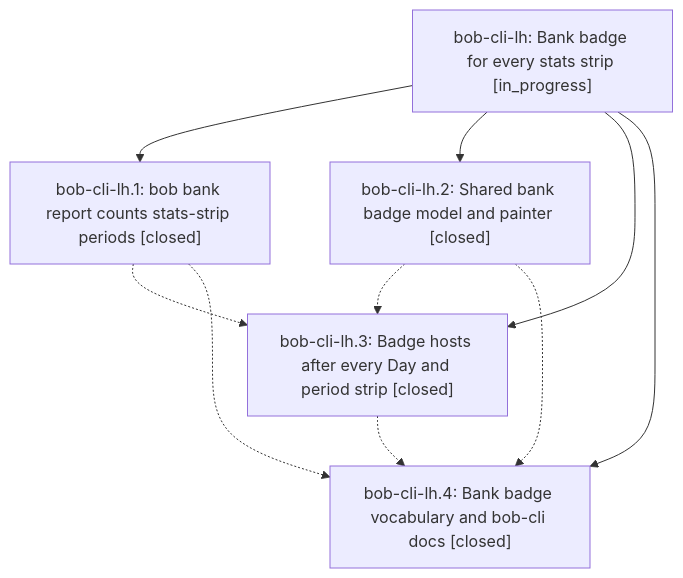
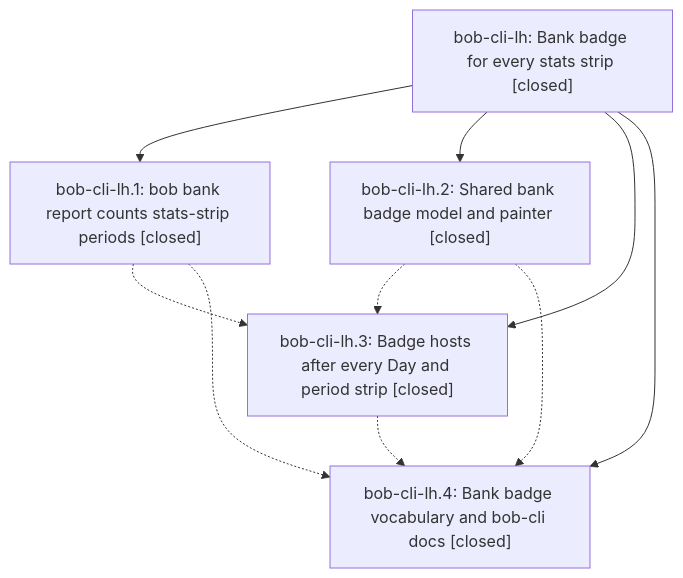
Before and after one commit to bobs-org/bob-cli--beads: the diagram in pages/bob-cli-lh/README.md, drawn with Mermaid. The commit also changed other lines of this file and 3 other files, not shown here.

First line of the commit message:
chore(beads): sync bead state and pages for bob-cli-lh

````diff
--- a/pages/bob-cli-lh/README.md
+++ b/pages/bob-cli-lh/README.md
@@ -39,17 +49,17 @@
 ```mermaid
 flowchart TD
-    n0["bob-cli-lh: Bank badge for every stats strip [in_progress]"]
+    n0["bob-cli-lh: Bank badge for every stats strip [closed]"]
     n1["bob-cli-lh.1: bob bank report counts stats-strip periods [closed]"]
     n2["bob-cli-lh.2: Shared bank badge model and painter [closed]"]
     n3["bob-cli-lh.3: Badge hosts after every Day and period strip [closed]"]
     n4["bob-cli-lh.4: Bank badge vocabulary and bob-cli docs [closed]"]
     n0 --> n1
     n0 --> n2
     n0 --> n3
     n0 --> n4
     n1 -.-> n3
     n1 -.-> n4
     n2 -.-> n3
     n2 -.-> n4
     n3 -.-> n4
 ```
````
